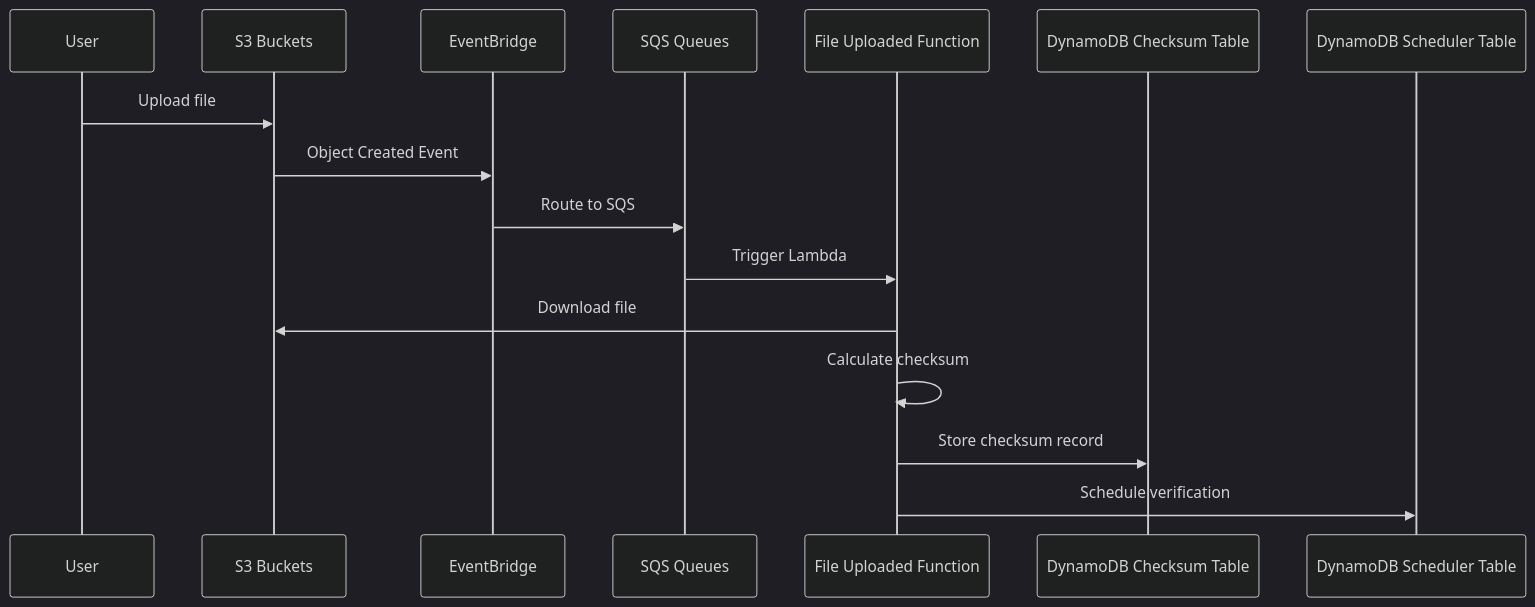
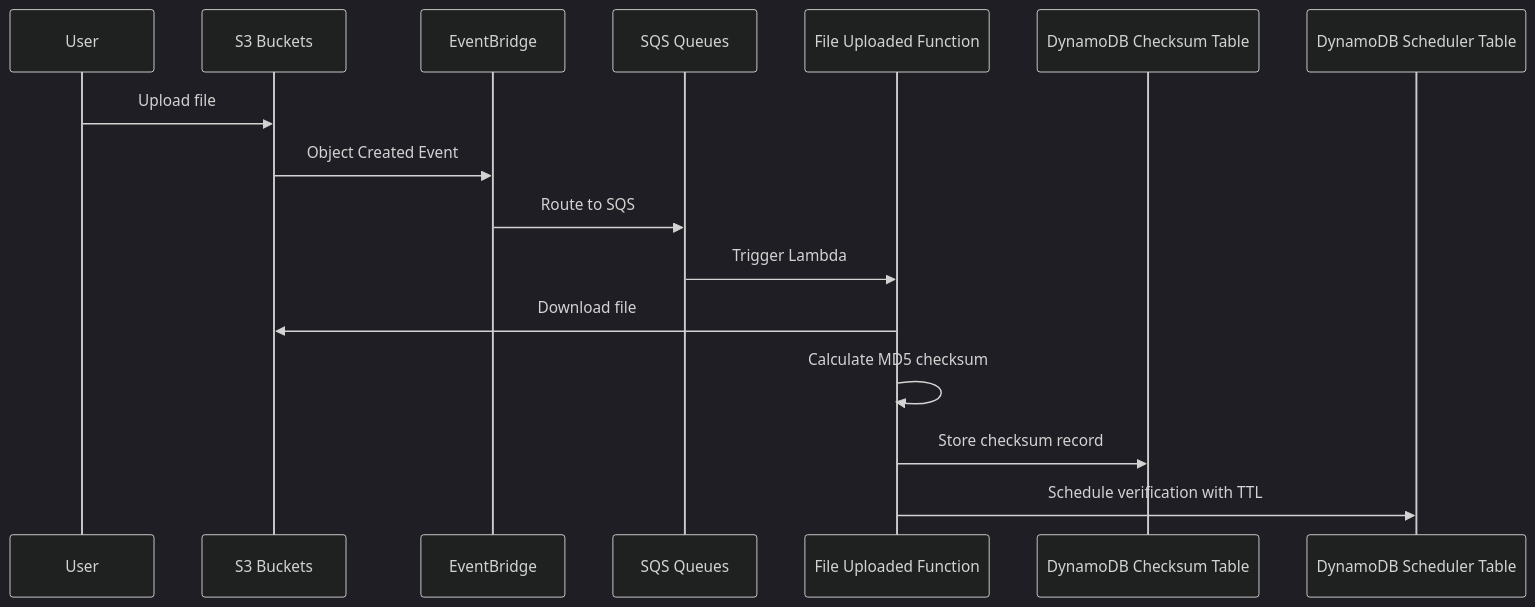
One commit to dts-hosting/duracloud-pilot changed the sixth of 10 diagrams in TECHNICAL.md. Above: the diagram before and after it, drawn with Mermaid (dark theme). The commit also changed other lines of this file and 2 other files, not shown here.

````diff
--- a/TECHNICAL.md
+++ b/TECHNICAL.md
@@ -158,19 +228,19 @@
 ```mermaid
 sequenceDiagram
     participant User
     participant S3 as S3 Buckets
     participant EB as EventBridge
     participant SQS as SQS Queues
     participant FU as File Uploaded Function
     participant DB1 as DynamoDB Checksum Table
     participant DB2 as DynamoDB Scheduler Table
 
     User->>S3: Upload file
     S3->>EB: Object Created Event
     EB->>SQS: Route to SQS
     SQS->>FU: Trigger Lambda
     FU->>S3: Download file
-    FU->>FU: Calculate checksum
+    FU->>FU: Calculate MD5 checksum
     FU->>DB1: Store checksum record
-    FU->>DB2: Schedule verification
+    FU->>DB2: Schedule verification with TTL
 ```
````
